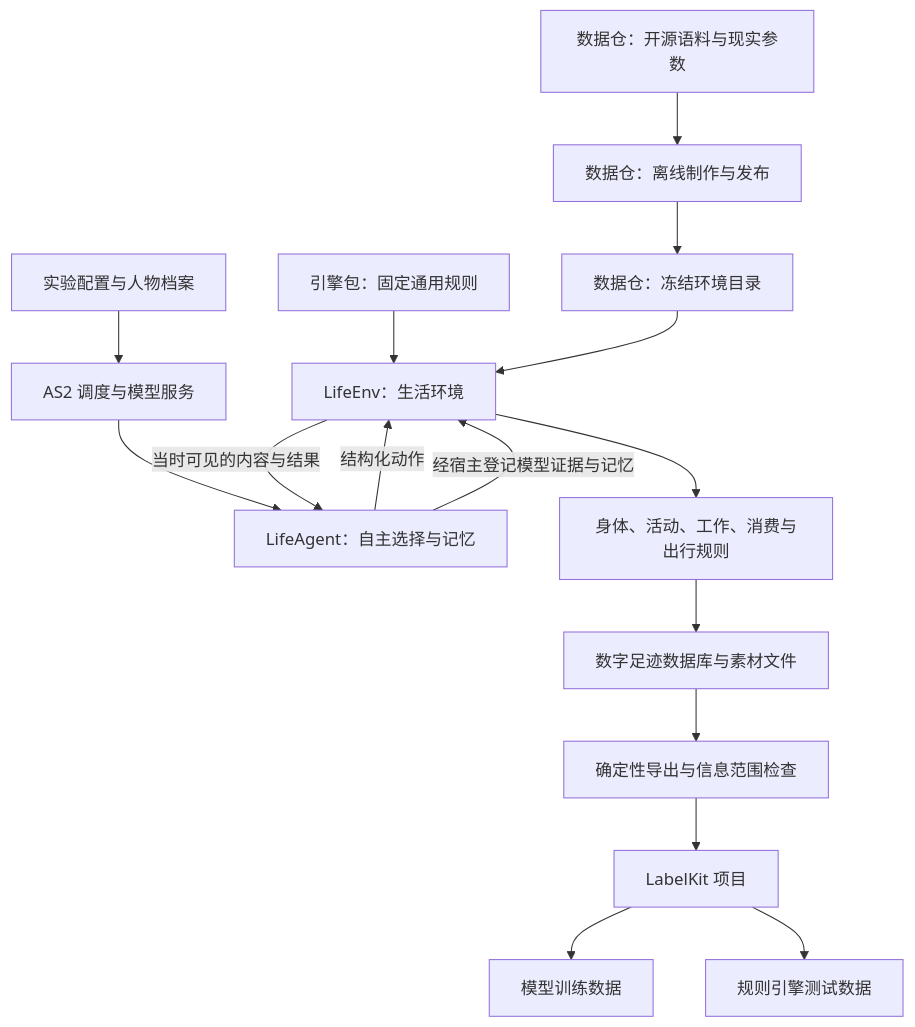
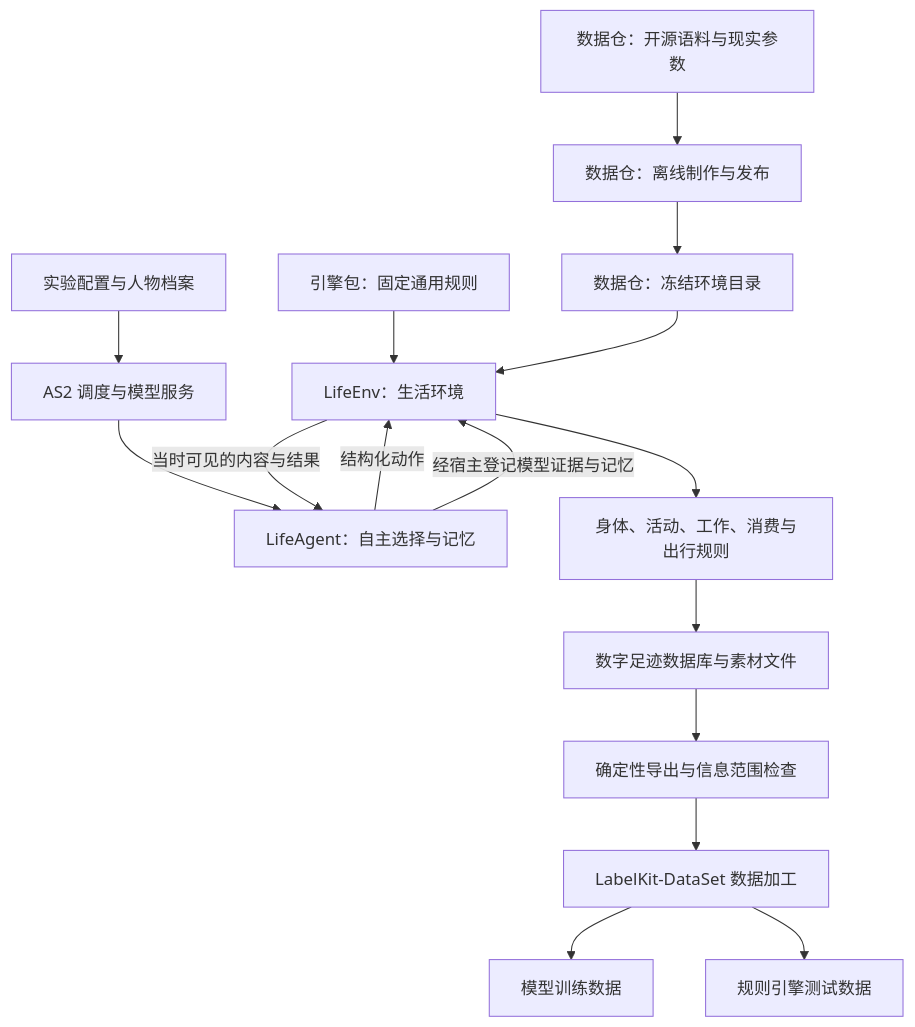
One commit to HoldThatThgt/WorldMock changed the first of 4 diagrams in docs/ARCHITECTURE.md. Above: the diagram before and after it, drawn with Mermaid. The commit also changed other lines of this file and 183 other files, not shown here.

````diff
--- a/docs/ARCHITECTURE.md
+++ b/docs/ARCHITECTURE.md
@@ -118,18 +118,18 @@
 ```mermaid
 flowchart TB
     C[数据仓：开源语料与现实参数] --> P[数据仓：离线制作与发布]
     P --> D[数据仓：冻结环境目录]
     G[引擎包：固定通用规则] --> E
     X[实验配置与人物档案] --> S[AS2 调度与模型服务]
     S --> A[LifeAgent：自主选择与记忆]
     A -->|结构化动作| E[LifeEnv：生活环境]
     D --> E
     E -->|当时可见的内容与结果| A
     E --> R[身体、活动、工作、消费与出行规则]
     R --> F[数字足迹数据库与素材文件]
     A -->|经宿主登记模型证据与记忆| E
     F --> O[确定性导出与信息范围检查]
-    O --> L[LabelKit 项目]
+    O --> L[LabelKit-DataSet 数据加工]
     L --> T[模型训练数据]
     L --> V[规则引擎测试数据]
 ```
````
